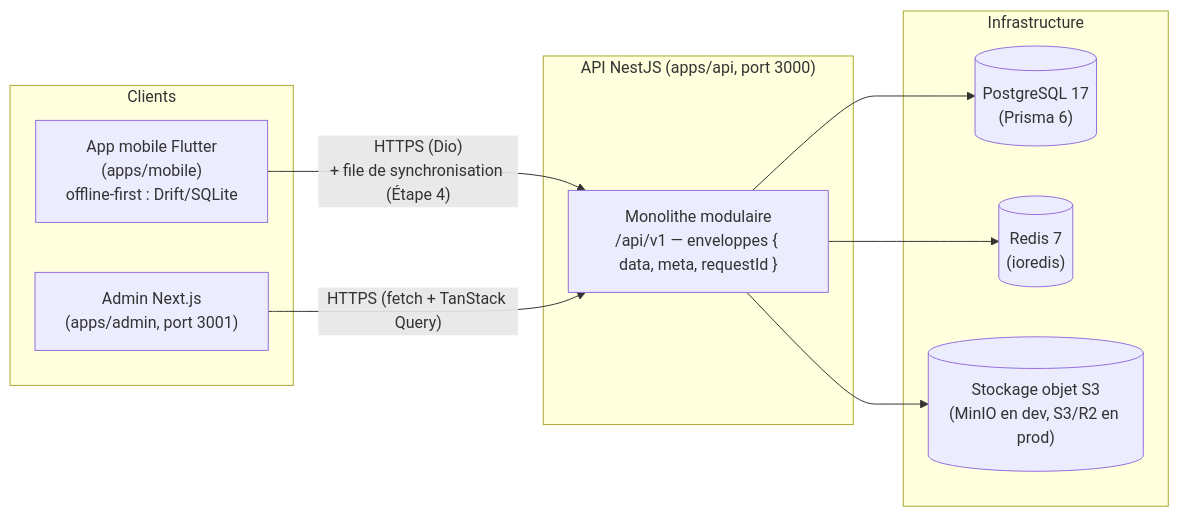
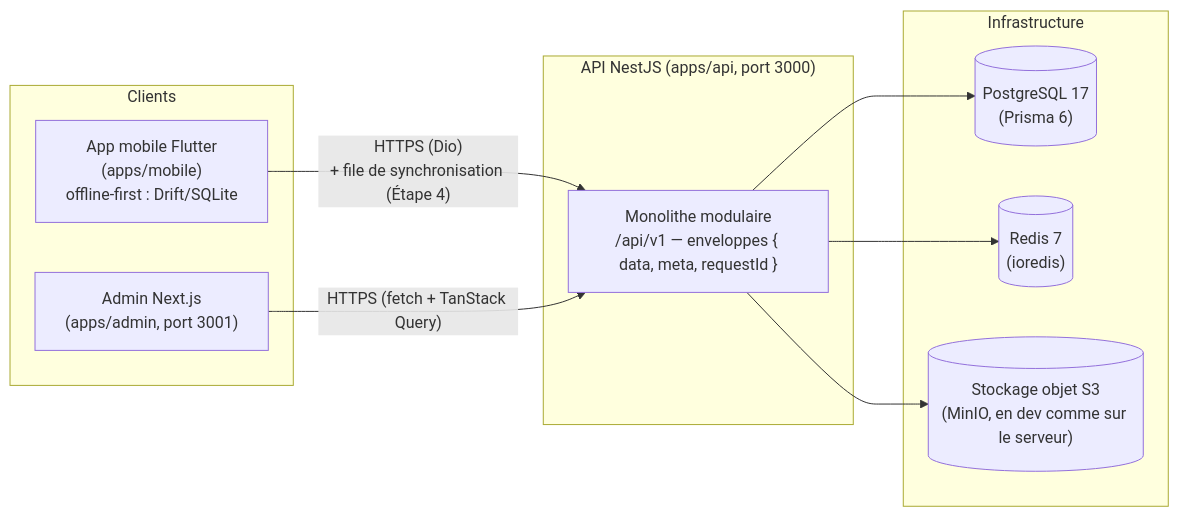
One commit to mimiflo/Carlys changed the diagram in docs/architecture/overview.md. Above: the diagram before and after it, drawn with Mermaid. The commit also changed other lines of this file and 22 other files, not shown here.

````diff
--- a/docs/architecture/overview.md
+++ b/docs/architecture/overview.md
@@ -10,23 +10,23 @@
 ```mermaid
 flowchart LR
   subgraph Clients
     mobile["App mobile Flutter<br/>(apps/mobile)<br/>offline-first : Drift/SQLite"]
     admin["Admin Next.js<br/>(apps/admin, port 3001)"]
   end
 
   subgraph Backend["API NestJS (apps/api, port 3000)"]
     api["Monolithe modulaire<br/>/api/v1 — enveloppes { data, meta, requestId }"]
   end
 
   subgraph Infra["Infrastructure"]
     pg[("PostgreSQL 17<br/>(Prisma 6)")]
     redis[("Redis 7<br/>(ioredis)")]
-    s3[("Stockage objet S3<br/>(MinIO en dev, S3/R2 en prod)")]
+    s3[("Stockage objet S3<br/>(MinIO, en dev comme sur le serveur)")]
   end
 
   mobile -- "HTTPS (Dio)<br/>+ file de synchronisation (Étape 4)" --> api
   admin -- "HTTPS (fetch + TanStack Query)" --> api
   api --> pg
   api --> redis
   api --> s3
 ```
````
